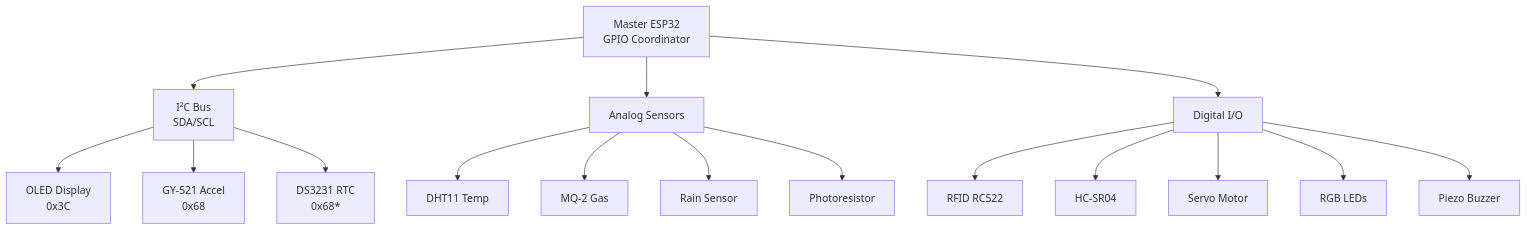
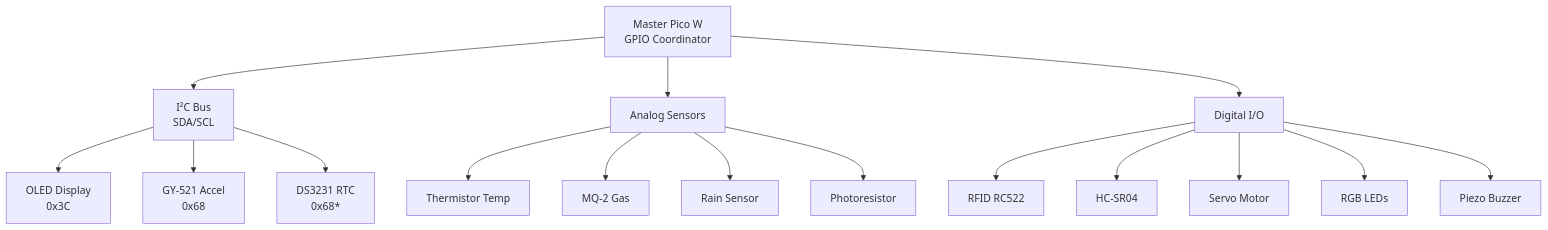
The diagram in docs/electronics/09.md (prgrobots/Iot2_new), drawn with Mermaid before and after one commit. The commit also changed other lines of this file and 2 other files, not shown here.

````diff
--- a/docs/electronics/09.md
+++ b/docs/electronics/09.md
@@ -71,18 +92,18 @@
 ```mermaid
 graph TB
-    Master[Master ESP32<br/>GPIO Coordinator] --> I2C[I²C Bus<br/>SDA/SCL]
+    Master[Master Pico W<br/>GPIO Coordinator] --> I2C[I²C Bus<br/>SDA/SCL]
     I2C --> OLED[OLED Display<br/>0x3C]
     I2C --> GY521[GY-521 Accel<br/>0x68]
     I2C --> RTC[DS3231 RTC<br/>0x68*]
     Master --> Analog[Analog Sensors]
-    Analog --> DHT11[DHT11 Temp]
+    Analog --> Thermistor[Thermistor Temp]
     Analog --> MQ2[MQ-2 Gas]
     Analog --> Rain[Rain Sensor]
     Analog --> Light[Photoresistor]
     Master --> Digital[Digital I/O]
     Digital --> RFID[RFID RC522]
     Digital --> Ultrasonic[HC-SR04]
     Digital --> Servo[Servo Motor]
     Digital --> LEDs[RGB LEDs]
     Digital --> Buzzer[Piezo Buzzer]
 ```
````
